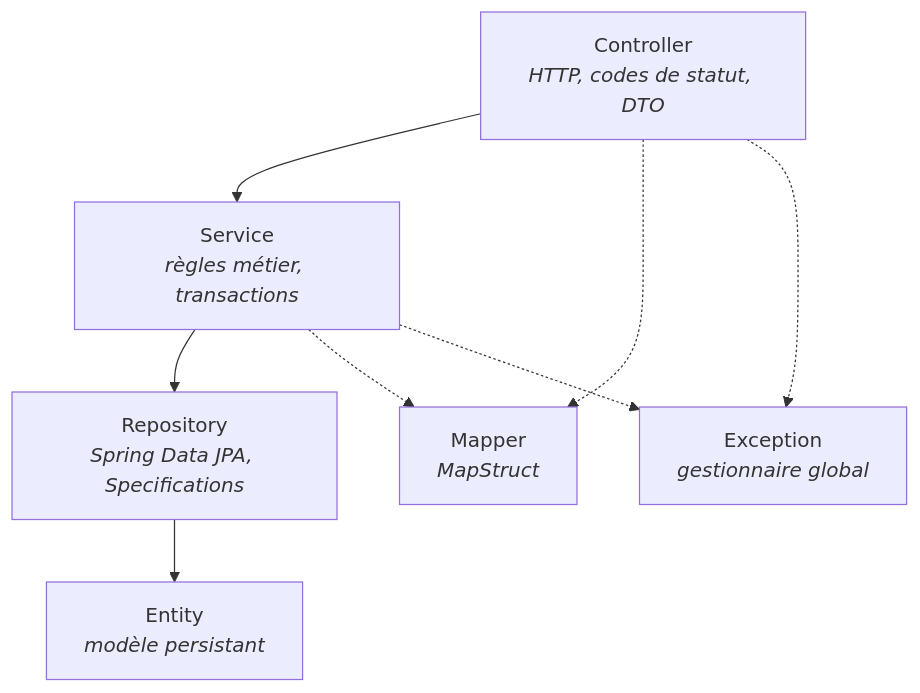
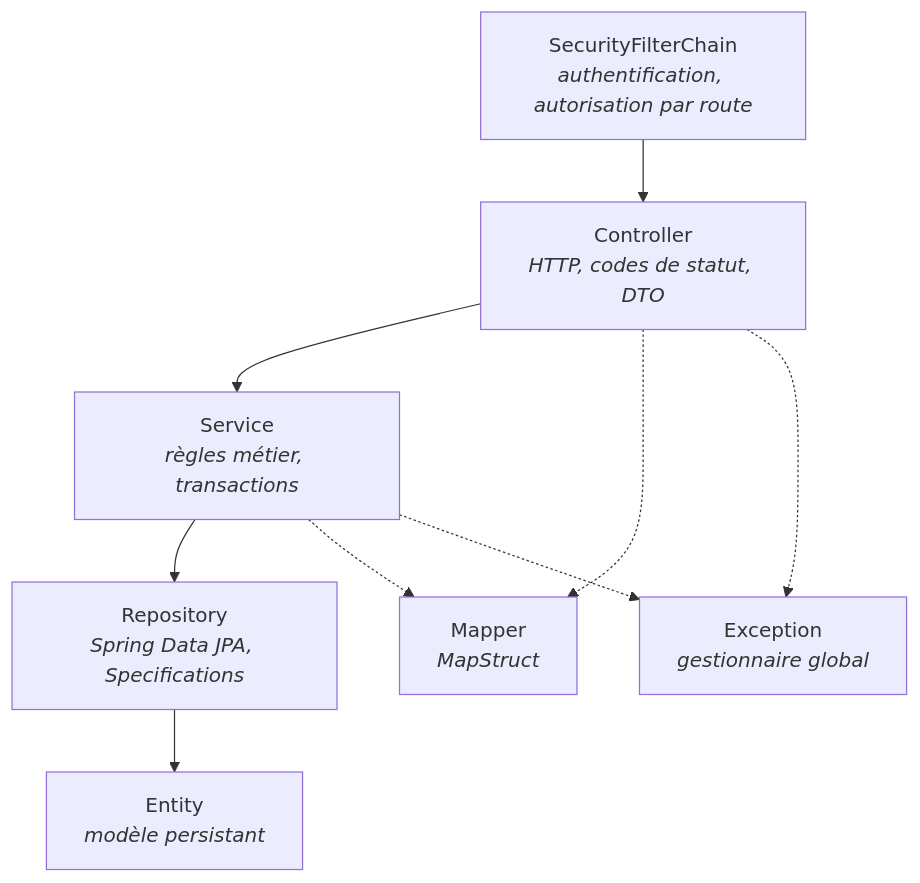
One commit to Japha-Fomen/biblio1-api changed the diagram in README.md. Above: the diagram before and after it, drawn with Mermaid. The commit also changed other lines of this file, not shown here.

First line of the commit message:
Revise README for deployment and security updates

````diff
--- a/README.md
+++ b/README.md
@@ -75,15 +84,16 @@
 ```mermaid
 flowchart TD
+    F["SecurityFilterChain<br/><i>authentification, autorisation par route</i>"]
     C["Controller<br/><i>HTTP, codes de statut, DTO</i>"]
     S["Service<br/><i>règles métier, transactions</i>"]
     R["Repository<br/><i>Spring Data JPA, Specifications</i>"]
     E["Entity<br/><i>modèle persistant</i>"]
     M["Mapper<br/><i>MapStruct</i>"]
     X["Exception<br/><i>gestionnaire global</i>"]
 
-    C --> S --> R --> E
+    F --> C --> S --> R --> E
     C -.-> M
     S -.-> M
     C -.-> X
     S -.-> X
 ```
````
